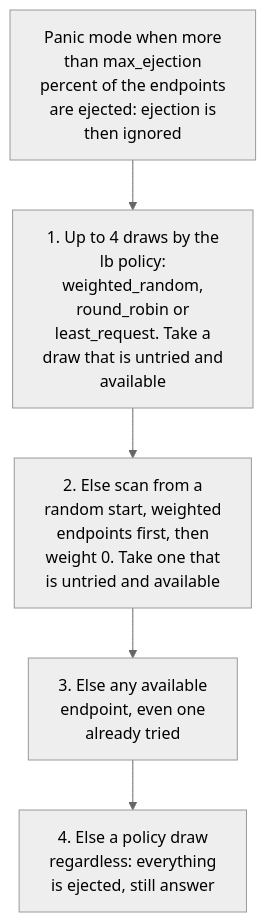
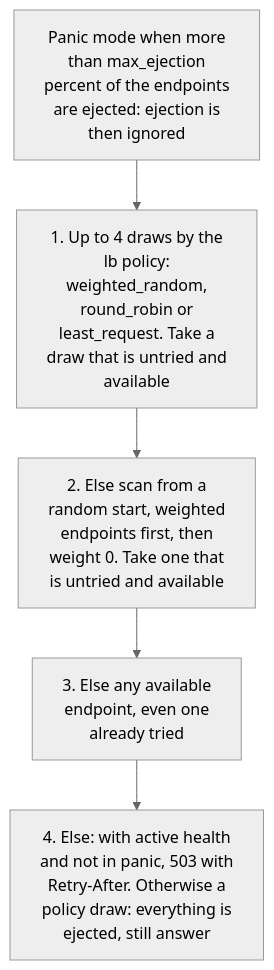
One commit to BlivionIaG/sjws_nettask changed the second of 3 diagrams in docs/ha/discovery.md. Above: the diagram before and after it, drawn with Mermaid (neutral theme). The commit also changed other lines of this file and 13 other files, not shown here.

First line of the commit message:
feat(proxy): optional active health probes (Fixes #401)

````diff
--- a/docs/ha/discovery.md
+++ b/docs/ha/discovery.md
@@ -71,9 +79,9 @@
 ```mermaid
 flowchart TD
     p0["Panic mode when more<br/>than max_ejection<br/>percent of the endpoints<br/>are ejected: ejection is<br/>then ignored"]
     p1["1. Up to 4 draws by the<br/>lb policy:<br/>weighted_random,<br/>round_robin or<br/>least_request. Take a<br/>draw that is untried and<br/>available"]
     p2["2. Else scan from a<br/>random start, weighted<br/>endpoints first, then<br/>weight 0. Take one that<br/>is untried and available"]
     p3["3. Else any available<br/>endpoint, even one<br/>already tried"]
-    p4["4. Else a policy draw<br/>regardless: everything<br/>is ejected, still answer"]
+    p4["4. Else: with active health<br/>and not in panic, 503 with<br/>Retry-After. Otherwise a<br/>policy draw: everything is<br/>ejected, still answer"]
     p0 --> p1 --> p2 --> p3 --> p4
 ```
````
